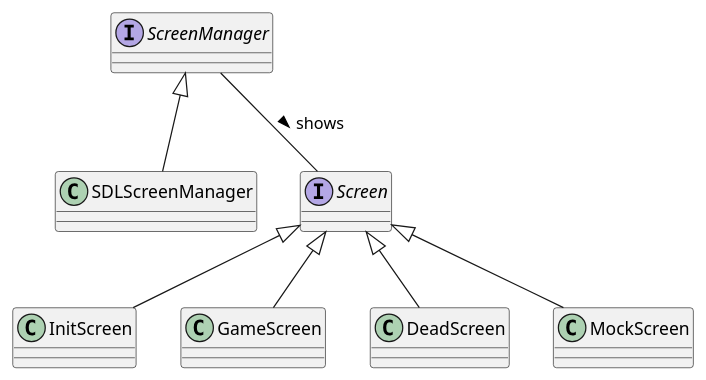
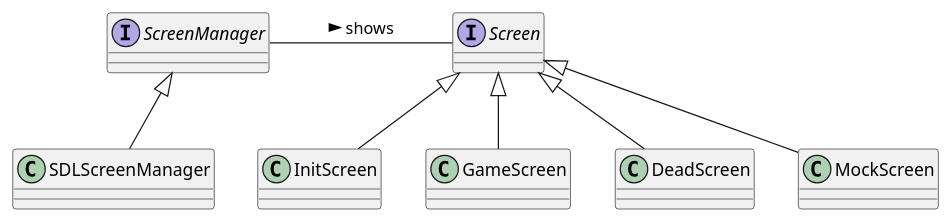
One commit to asrob-uc3m/robotDevastation-developer-manual changed the diagram in en/user-interface-management.md. Above: the diagram before and after it, drawn with PlantUML.

Commit message:
Updates en/user-interface-management.md
Auto commit by GitBook Editor

```diff
--- a/en/user-interface-management.md
+++ b/en/user-interface-management.md
@@ -12,14 +12,14 @@
 {% plantuml %}
 interface ScreenManager
 Class SDLScreenManager
 
 ScreenManager <|-- SDLScreenManager
 
 interface Screen
 Screen <|-- InitScreen
 Screen <|-- GameScreen
 Screen <|-- DeadScreen
 Screen <|-- MockScreen
 
-ScreenManager -- Screen : shows >
+ScreenManager -right- Screen : shows >
 {% endplantuml %}
```
